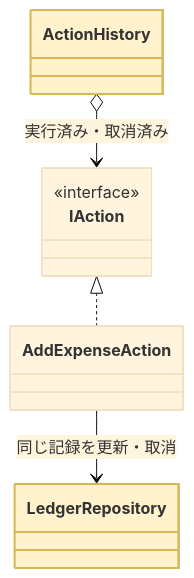
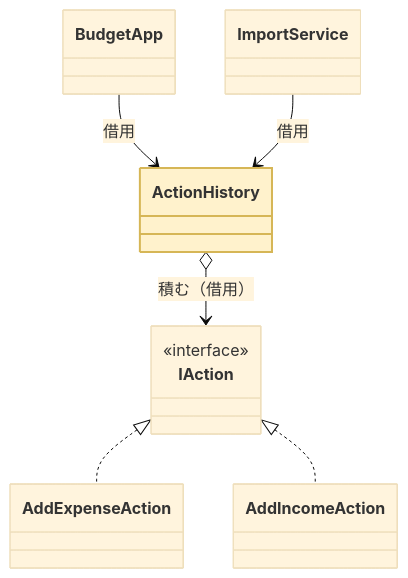
One commit to kumachan1101-pixel/DesignPattern changed diagram 13 of 19 in kindle/design-patterns/output/chapter05.md. Above: the diagram before and after it, drawn with Mermaid (base theme). The commit also changed other lines of this file, not shown here.

````diff
--- a/kindle/design-patterns/output/chapter05.md
+++ b/kindle/design-patterns/output/chapter05.md
@@ -1452,13 +1863,16 @@
 ```mermaid
 classDiagram
+    class BudgetApp
+    class ImportService
     class ActionHistory
     class IAction { <<interface>> }
-    class LedgerRepository
     class AddExpenseAction
-    ActionHistory o--> IAction : 実行済み・取消済み
+    class AddIncomeAction
+    BudgetApp --> ActionHistory : 借用
+    ImportService --> ActionHistory : 借用
+    ActionHistory o--> IAction : 積む（借用）
     IAction <|.. AddExpenseAction
-    AddExpenseAction --> LedgerRepository : 同じ記録を更新・取消
+    IAction <|.. AddIncomeAction
     class ActionHistory:::focus
-    class LedgerRepository:::focus
     classDef focus fill:#FFF2CC,stroke:#D6B656,stroke-width:2px
 ```
````
